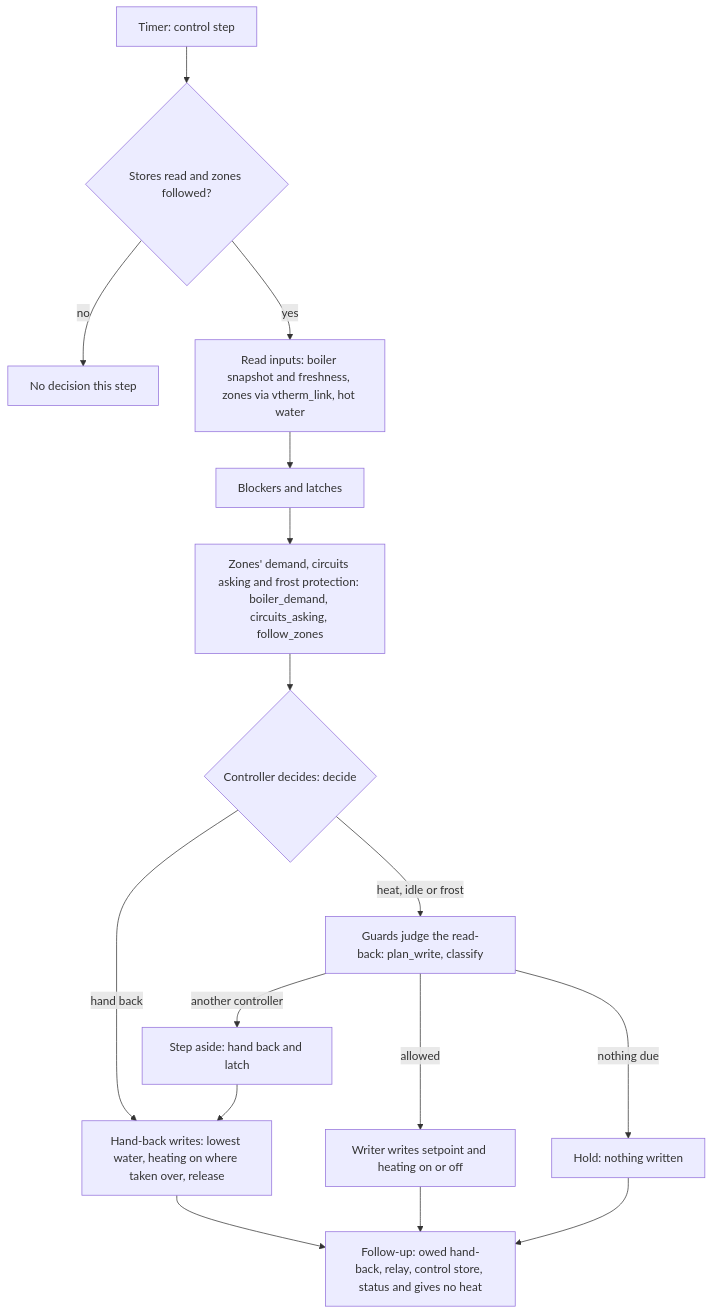
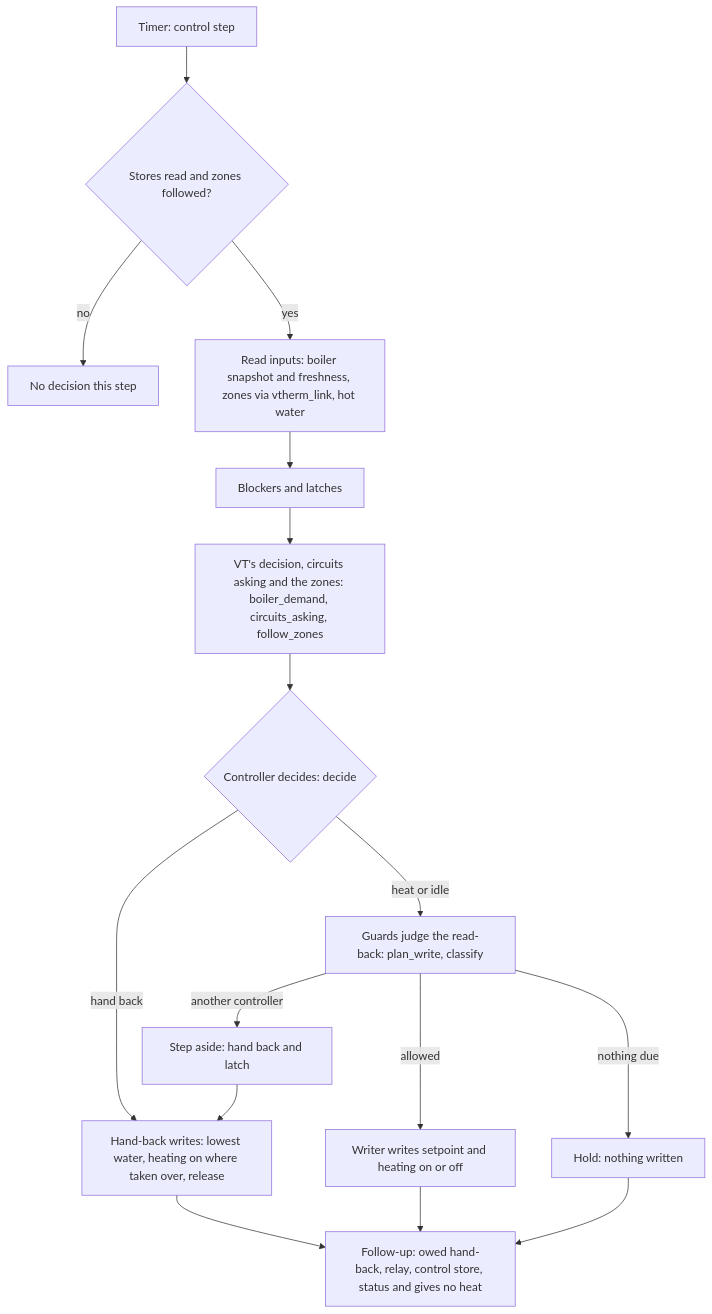
One commit to Shadow-230/vtherm-smart-boiler changed the diagram in docs/en/technical/technical.md. Above: the diagram before and after it, drawn with Mermaid. The commit also changed other lines of this file and 19 other files, not shown here.

````diff
--- a/docs/en/technical/technical.md
+++ b/docs/en/technical/technical.md
@@ -276,18 +278,18 @@
 ```mermaid
 flowchart TD
     A[Timer: control step] --> B{Stores read and zones followed?}
     B -- no --> Z[No decision this step]
     B -- yes --> C[Read inputs: boiler snapshot and freshness, zones via vtherm_link, hot water]
     C --> D[Blockers and latches]
-    D --> E[Zones' demand, circuits asking and frost protection: boiler_demand, circuits_asking, follow_zones]
+    D --> E[VT's decision, circuits asking and the zones: boiler_demand, circuits_asking, follow_zones]
     E --> F{Controller decides: decide}
     F -- hand back --> H[Hand-back writes: lowest water, heating on where taken over, release]
-    F -- heat, idle or frost --> G[Guards judge the read-back: plan_write, classify]
+    F -- heat or idle --> G[Guards judge the read-back: plan_write, classify]
     G -- another controller --> S[Step aside: hand back and latch]
     S --> H
     G -- allowed --> W[Writer writes setpoint and heating on or off]
     G -- nothing due --> K[Hold: nothing written]
     W --> F2[Follow-up: owed hand-back, relay, control store, status and gives no heat]
     K --> F2
     H --> F2
 ```
````
